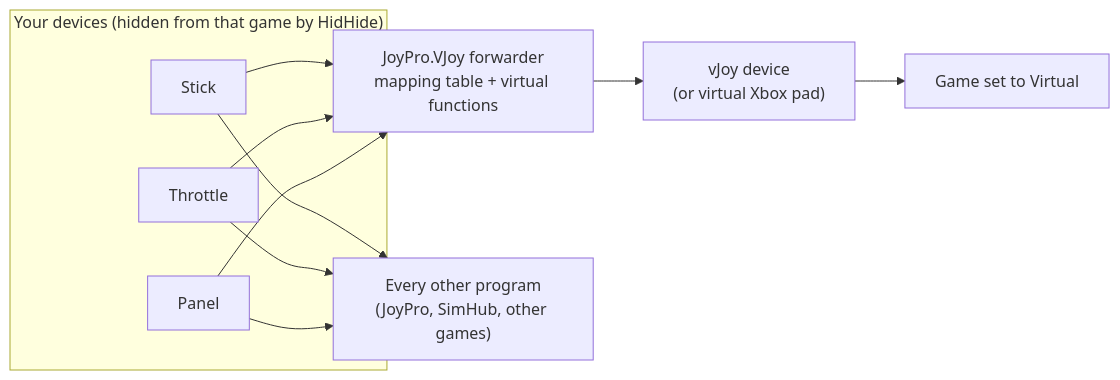
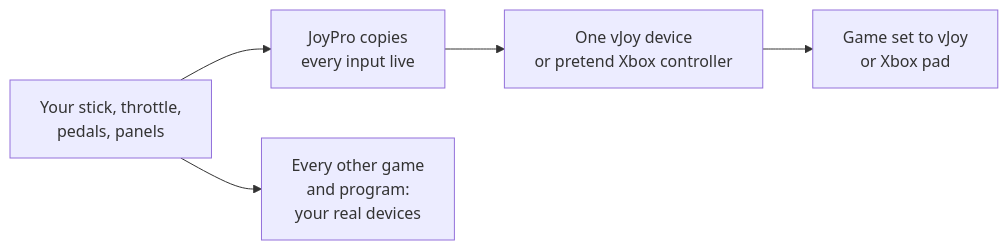
One commit to Holdi601/JoystickProfiler2 changed the first of 2 diagrams in website/content/gui/vjoy.md. Above: the diagram before and after it, drawn with Mermaid. The commit also changed other lines of this file and 718 other files, not shown here.

Commit message:
JoyPro2 2.7.0

````diff
--- a/website/content/gui/vjoy.md
+++ b/website/content/gui/vjoy.md
@@ -17,12 +17,8 @@
 ```mermaid
 flowchart LR
-  subgraph Real["Your devices (hidden from that game by HidHide)"]
-    S["Stick"]
-    T["Throttle"]
-    P["Panel"]
-  end
-  S & T & P --> F["JoyPro.VJoy forwarder<br/>mapping table + virtual functions"]
-  F --> V["vJoy device<br/>(or virtual Xbox pad)"]
-  V --> G["Game set to Virtual"]
-  S & T & P --> O["Every other program<br/>(JoyPro, SimHub, other games)"]
+  D["Your stick, throttle,<br/>pedals, panels"] --> J["JoyPro copies<br/>every input live"]
+  J --> V["One vJoy device<br/>or pretend Xbox controller"]
+  V --> G["Game set to vJoy<br/>or Xbox pad"]
+  D --> O["Every other game<br/>and program:<br/>your real devices"]
+%% caption: Through "JoyPro copies every input live": a game set to vJoy or Xbox pad, while Start is on. Straight to "Every other game": everything else. HidHide only for vJoy games; games that read only Xbox controllers need no HidHide.
 ```
````
